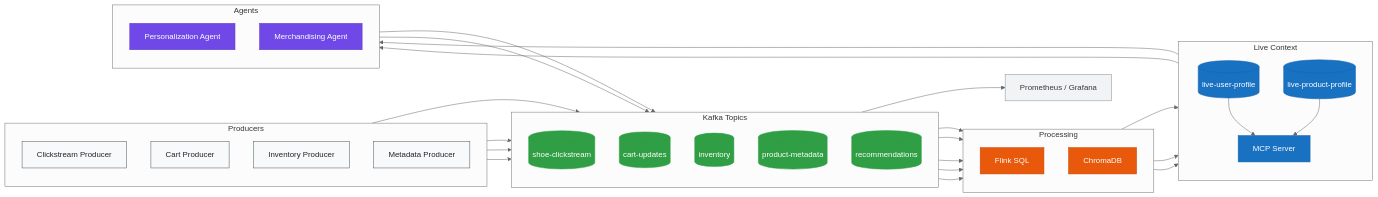
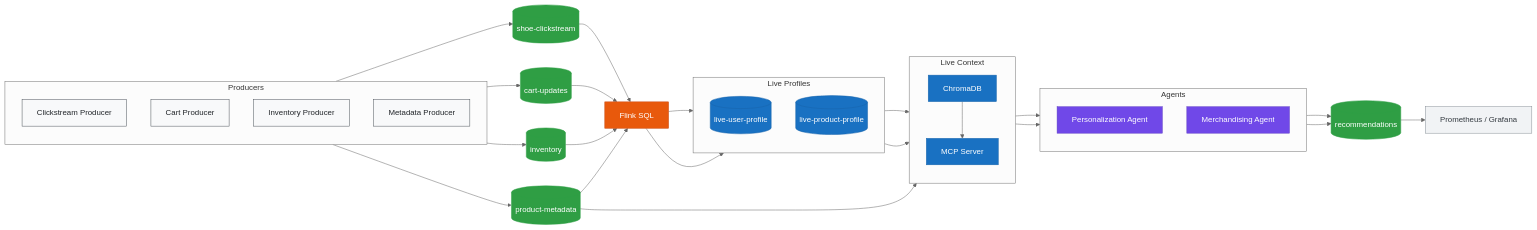
Before and after one commit to AdvaitDarbare/realtime-personalization-engine: the diagram in README.md, drawn with Mermaid (neutral theme).

Commit message:
Organize Mermaid diagram lanes

````diff
--- a/README.md
+++ b/README.md
@@ -34,77 +34,74 @@
 ```mermaid
 flowchart LR
     subgraph producers["Producers"]
         direction TB
         clickProducer["Clickstream Producer"]
         cartProducer["Cart Producer"]
         inventoryProducer["Inventory Producer"]
         metadataProducer["Metadata Producer"]
     end
 
-    subgraph topics["Kafka Topics"]
+    subgraph profiles["Live Profiles"]
         direction TB
-        clickTopic[("shoe-clickstream")]
-        cartTopic[("cart-updates")]
-        inventoryTopic[("inventory")]
-        metadataTopic[("product-metadata")]
-        recTopic[("recommendations")]
-    end
-
-    subgraph processing["Processing"]
-        direction TB
-        flink["Flink SQL"]
-        chroma["ChromaDB"]
+        userProfile[("live-user-profile")]
+        productProfile[("live-product-profile")]
     end
 
     subgraph context["Live Context"]
         direction TB
-        userProfile[("live-user-profile")]
-        productProfile[("live-product-profile")]
+        chroma["ChromaDB"]
         mcp["MCP Server"]
     end
 
     subgraph agents["Agents"]
         direction TB
         personalization["Personalization Agent"]
         merchandising["Merchandising Agent"]
     end
 
+    clickTopic[("shoe-clickstream")]
+    cartTopic[("cart-updates")]
+    inventoryTopic[("inventory")]
+    metadataTopic[("product-metadata")]
+    flink["Flink SQL"]
+    recTopic[("recommendations")]
     monitoring["Prometheus / Grafana"]
 
     clickProducer --> clickTopic
     cartProducer --> cartTopic
     inventoryProducer --> inventoryTopic
     metadataProducer --> metadataTopic
 
     clickTopic --> flink
     cartTopic --> flink
     inventoryTopic --> flink
     metadataTopic --> flink
     metadataTopic --> chroma
 
     flink --> userProfile
     flink --> productProfile
+
     userProfile --> mcp
     productProfile --> mcp
     chroma --> mcp
 
     mcp --> personalization
     mcp --> merchandising
     personalization --> recTopic
     merchandising --> recTopic
     recTopic --> monitoring
 
     classDef producer fill:#f8f9fa,stroke:#495057,color:#212529
     classDef kafka fill:#2f9e44,stroke:#2f9e44,color:#fff
     classDef process fill:#e8590c,stroke:#c94e16,color:#fff
     classDef context fill:#1971c2,stroke:#1864ab,color:#fff
     classDef agent fill:#7048e8,stroke:#5f3dc4,color:#fff
     classDef monitor fill:#f1f3f5,stroke:#868e96,color:#343a40
 
     class clickProducer,cartProducer,inventoryProducer,metadataProducer producer
     class clickTopic,cartTopic,inventoryTopic,metadataTopic,recTopic kafka
-    class flink,chroma process
-    class userProfile,productProfile,mcp context
+    class flink process
+    class userProfile,productProfile,chroma,mcp context
     class personalization,merchandising agent
     class monitoring monitor
 ```
````
